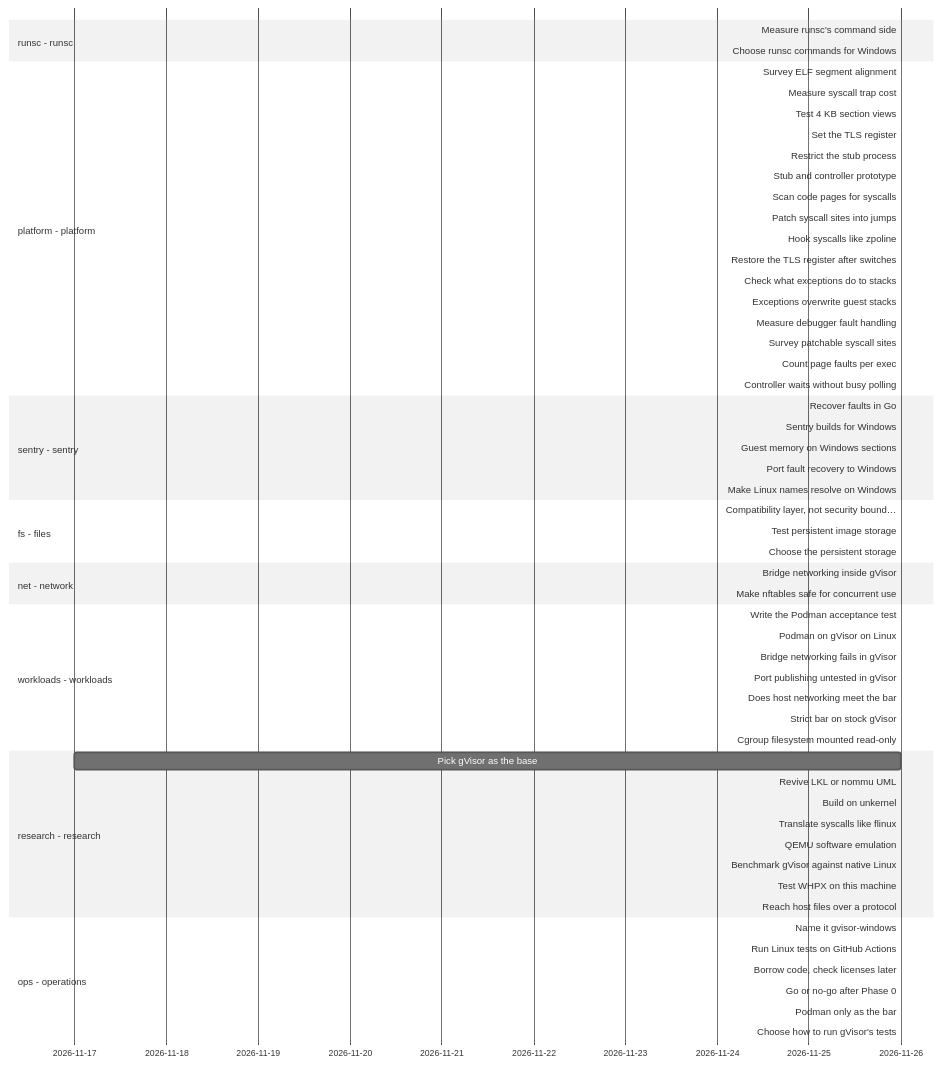
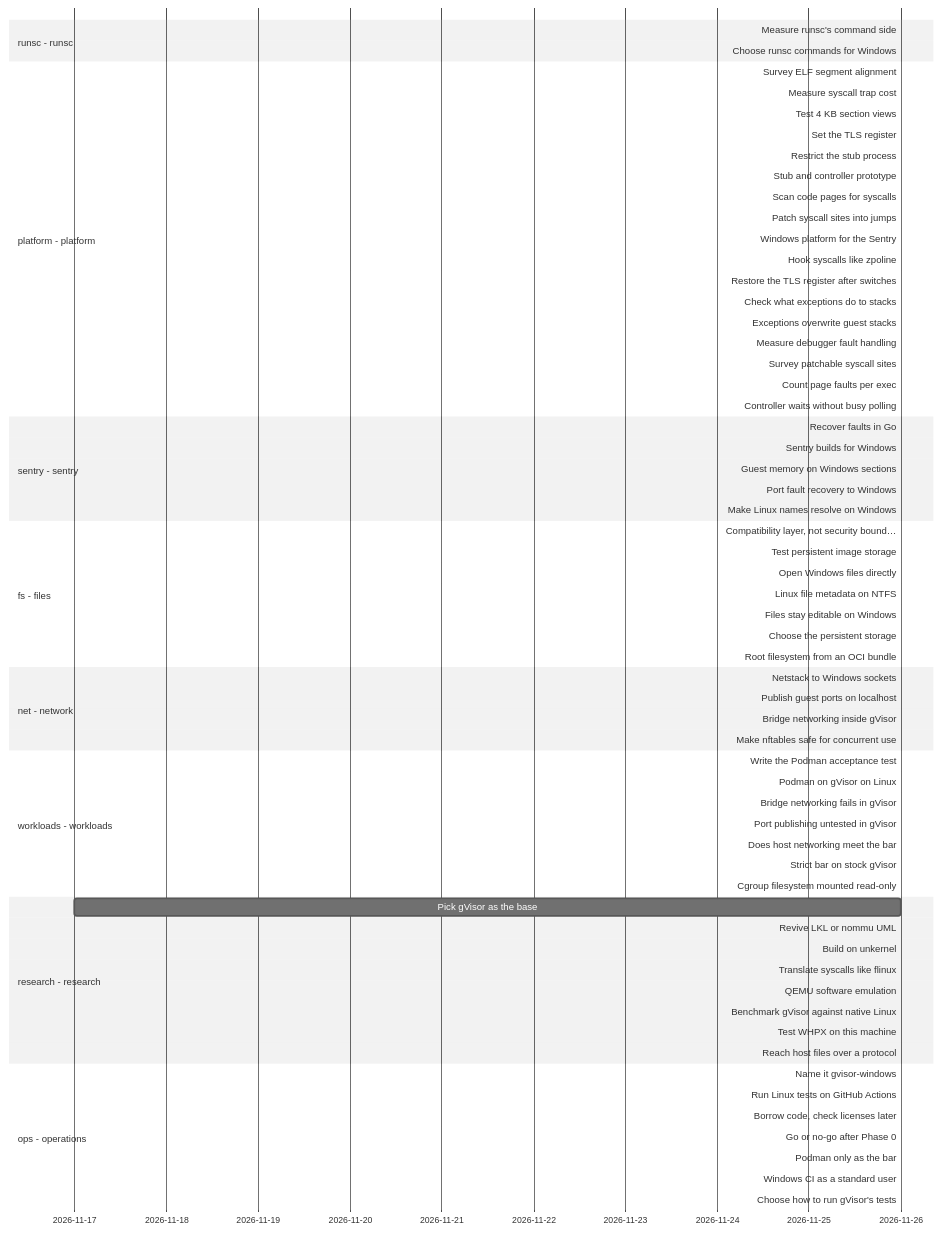
The diagram in docs/roadmap/timeline.md (lhns/gvisor-windows), drawn with Mermaid (neutral theme) before and after one commit. The commit also changed other lines of this file and 6 other files, not shown here.

Commit message:
Mark the running platform, file, network and nftables work in progress

````diff
--- a/docs/roadmap/timeline.md
+++ b/docs/roadmap/timeline.md
@@ -10,62 +10,70 @@
 ```mermaid
 gantt
     dateFormat YYYY-MM-DD
     axisFormat %Y-%m-%d
     section runsc - runsc
     Measure runsc's command side :runsc_measure_cli, 2026-11-26, 2026-11-26
     Choose runsc commands for Windows :runsc_windows_commands, 2026-11-26, 2026-11-26
     section platform - platform
     Survey ELF segment alignment :platform_elf_alignment_survey, 2026-11-26, 2026-11-26
     Measure syscall trap cost :platform_trap_cost, 2026-11-26, 2026-11-26
     Test 4 KB section views :platform_4k_section_views, 2026-11-26, 2026-11-26
     Set the TLS register :platform_tls_register, 2026-11-26, 2026-11-26
     Restrict the stub process :platform_restricted_stub, 2026-11-26, 2026-11-26
     Stub and controller prototype :platform_stub_controller, 2026-11-26, 2026-11-26
     Scan code pages for syscalls :platform_page_verification, 2026-11-26, 2026-11-26
     Patch syscall sites into jumps :platform_syscall_fast_path, 2026-11-26, 2026-11-26
+    Windows platform for the Sentry :active, platform_winstub, 2026-11-26, 2026-11-26
     Hook syscalls like zpoline :crit, platform_zpoline_hooks, 2026-11-26, 2026-11-26
     Restore the TLS register after switches :platform_fs_base_repair, 2026-11-26, 2026-11-26
     Check what exceptions do to stacks :platform_exception_stack, 2026-11-26, 2026-11-26
     Exceptions overwrite guest stacks :platform_veh_on_guest_stack_unsafe, 2026-11-26, 2026-11-26
     Measure debugger fault handling :platform_debug_event_cost, 2026-11-26, 2026-11-26
     Survey patchable syscall sites :platform_syscall_site_survey, 2026-11-26, 2026-11-26
     Count page faults per exec :platform_faults_per_exec, 2026-11-26, 2026-11-26
     Controller waits without busy polling :platform_controller_wakeups, 2026-11-26, 2026-11-26
     section sentry - sentry
     Recover faults in Go :sentry_go_fault_recovery, 2026-11-26, 2026-11-26
     Sentry builds for Windows :sentry_windows_build, 2026-11-26, 2026-11-26
     Guest memory on Windows sections :active, sentry_memory_file_sections, 2026-11-26, 2026-11-26
     Port fault recovery to Windows :sentry_fault_recovery, 2026-11-26, 2026-11-26
     Make Linux names resolve on Windows :sentry_unix_shim, 2026-11-26, 2026-11-26
     section fs - files
     Compatibility layer, not security bound… :fs_compat_layer_not_boundary, 2026-11-26, 2026-11-26
     Test persistent image storage :fs_persistent_image_storage, 2026-11-26, 2026-11-26
+    Open Windows files directly :active, fs_windows_directfs, 2026-11-26, 2026-11-26
+    Linux file metadata on NTFS :active, fs_linux_metadata_on_ntfs, 2026-11-26, 2026-11-26
+    Files stay editable on Windows :active, fs_handles_do_not_block_users, 2026-11-26, 2026-11-26
     Choose the persistent storage :fs_persistent_storage_choice, 2026-11-26, 2026-11-26
+    Root filesystem from an OCI bundle :active, fs_root_filesystem_source, 2026-11-26, 2026-11-26
     section net - network
+    Netstack to Windows sockets :active, net_netstack_windows_link, 2026-11-26, 2026-11-26
+    Publish guest ports on localhost :active, net_port_forwarding, 2026-11-26, 2026-11-26
     Bridge networking inside gVisor :net_bridge_networking, 2026-11-26, 2026-11-26
-    Make nftables safe for concurrent use :net_nftables_thread_safety, 2026-11-26, 2026-11-26
+    Make nftables safe for concurrent use :active, net_nftables_thread_safety, 2026-11-26, 2026-11-26
     section workloads - workloads
     Write the Podman acceptance test :workloads_acceptance_test, 2026-11-26, 2026-11-26
     Podman on gVisor on Linux :workloads_podman_on_gvisor_linux, 2026-11-26, 2026-11-26
     Bridge networking fails in gVisor :workloads_gvisor_bridge_netlink, 2026-11-26, 2026-11-26
     Port publishing untested in gVisor :workloads_gvisor_port_publishing, 2026-11-26, 2026-11-26
     Does host networking meet the bar :workloads_bar_host_network, 2026-11-26, 2026-11-26
     Strict bar on stock gVisor :workloads_strict_bar_linux, 2026-11-26, 2026-11-26
     Cgroup filesystem mounted read-only :workloads_gvisor_cgroupfs_readonly, 2026-11-26, 2026-11-26
     section research - research
     Pick gVisor as the base :research_gvisor_base, 2026-11-17, 2026-11-26
     Revive LKL or nommu UML :crit, research_lkl_nommu, 2026-11-26, 2026-11-26
     Build on unkernel :crit, research_unkernel, 2026-11-26, 2026-11-26
     Translate syscalls like flinux :crit, research_flinux_translation, 2026-11-26, 2026-11-26
     QEMU software emulation :crit, research_qemu_emulation, 2026-11-26, 2026-11-26
     Benchmark gVisor against native Linux :research_gvisor_benchmark, 2026-11-26, 2026-11-26
     Test WHPX on this machine :crit, research_whpx_this_machine, 2026-11-26, 2026-11-26
     Reach host files over a protocol :crit, research_file_protocol, 2026-11-26, 2026-11-26
     section ops - operations
     Name it gvisor-windows :ops_name_and_fork, 2026-11-26, 2026-11-26
     Run Linux tests on GitHub Actions :ops_linux_tests_on_actions, 2026-11-26, 2026-11-26
     Borrow code, check licenses later :ops_borrow_code, 2026-11-26, 2026-11-26
     Go or no-go after Phase 0 :ops_phase0_go_no_go, 2026-11-26, 2026-11-26
     Podman only as the bar :ops_podman_only_the_bar, 2026-11-26, 2026-11-26
+    Windows CI as a standard user :active, ops_windows_ci_standard_user, 2026-11-26, 2026-11-26
     Choose how to run gVisor's tests :ops_syscall_test_strategy, 2026-11-26, 2026-11-26
 ```
````
